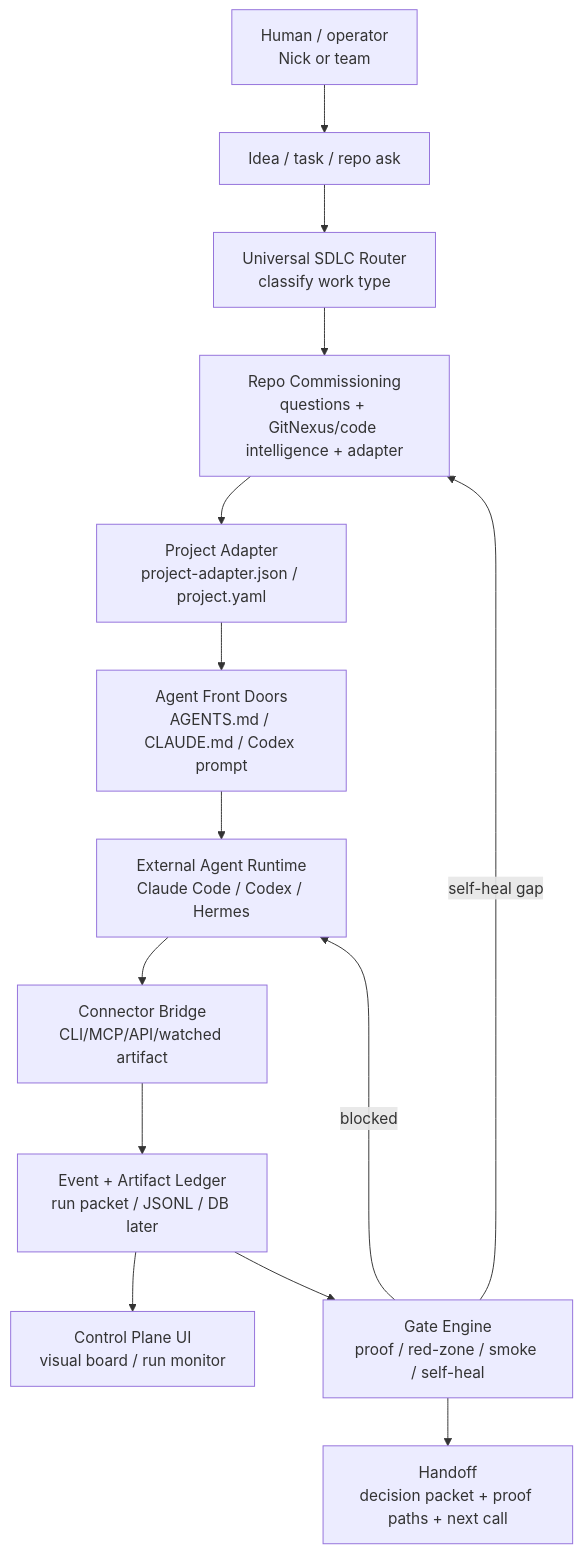
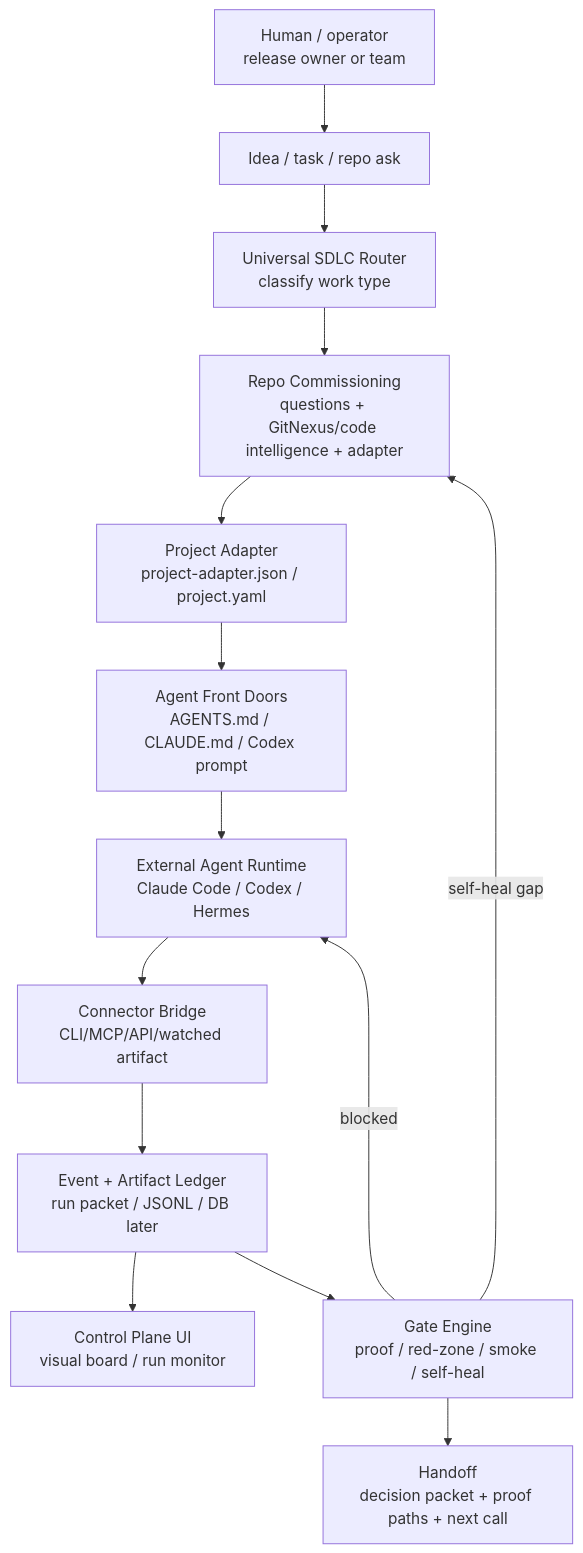
Before and after one commit to nickcarmonadigital/valdris-sdlc-harness: the first of 8 diagrams in docs/HARNESS_REPO_MAP.md, drawn with Mermaid. The commit also changed other lines of this file and 124 other files, not shown here.

````diff
--- a/docs/HARNESS_REPO_MAP.md
+++ b/docs/HARNESS_REPO_MAP.md
@@ -74,23 +74,23 @@
 ```mermaid
 flowchart TB
-  Human["Human / operator<br/>Nick or team"]
+  Human["Human / operator<br/>release owner or team"]
   Idea["Idea / task / repo ask"]
   Router["Universal SDLC Router<br/>classify work type"]
   Commission["Repo Commissioning<br/>questions + GitNexus/code intelligence + adapter"]
   Adapter["Project Adapter<br/>project-adapter.json / project.yaml"]
   FrontDoors["Agent Front Doors<br/>AGENTS.md / CLAUDE.md / Codex prompt"]
   Agent["External Agent Runtime<br/>Claude Code / Codex / Hermes"]
   Bridge["Connector Bridge<br/>CLI/MCP/API/watched artifact"]
   Events["Event + Artifact Ledger<br/>run packet / JSONL / DB later"]
   Board["Control Plane UI<br/>visual board / run monitor"]
   Gates["Gate Engine<br/>proof / red-zone / smoke / self-heal"]
   Handoff["Handoff<br/>decision packet + proof paths + next call"]
 
   Human --> Idea --> Router
   Router --> Commission
   Commission --> Adapter --> FrontDoors --> Agent
   Agent --> Bridge --> Events --> Board
   Events --> Gates --> Handoff
   Gates -->|blocked| Agent
   Gates -->|self-heal gap| Commission
 ```
````
